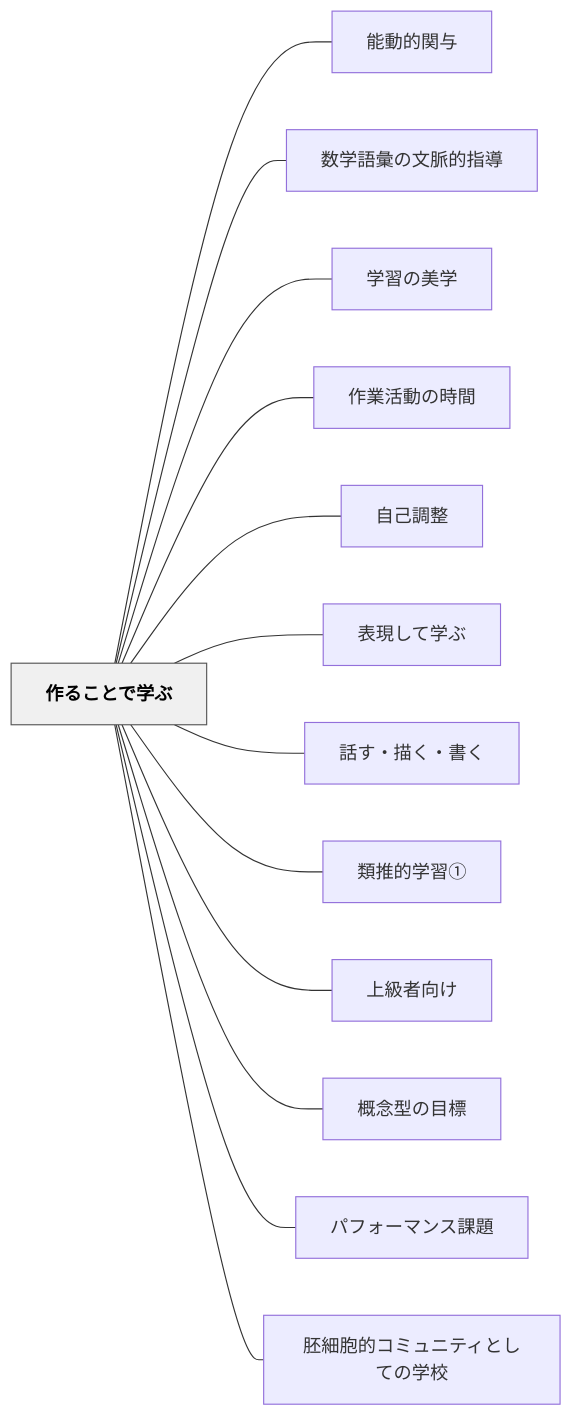
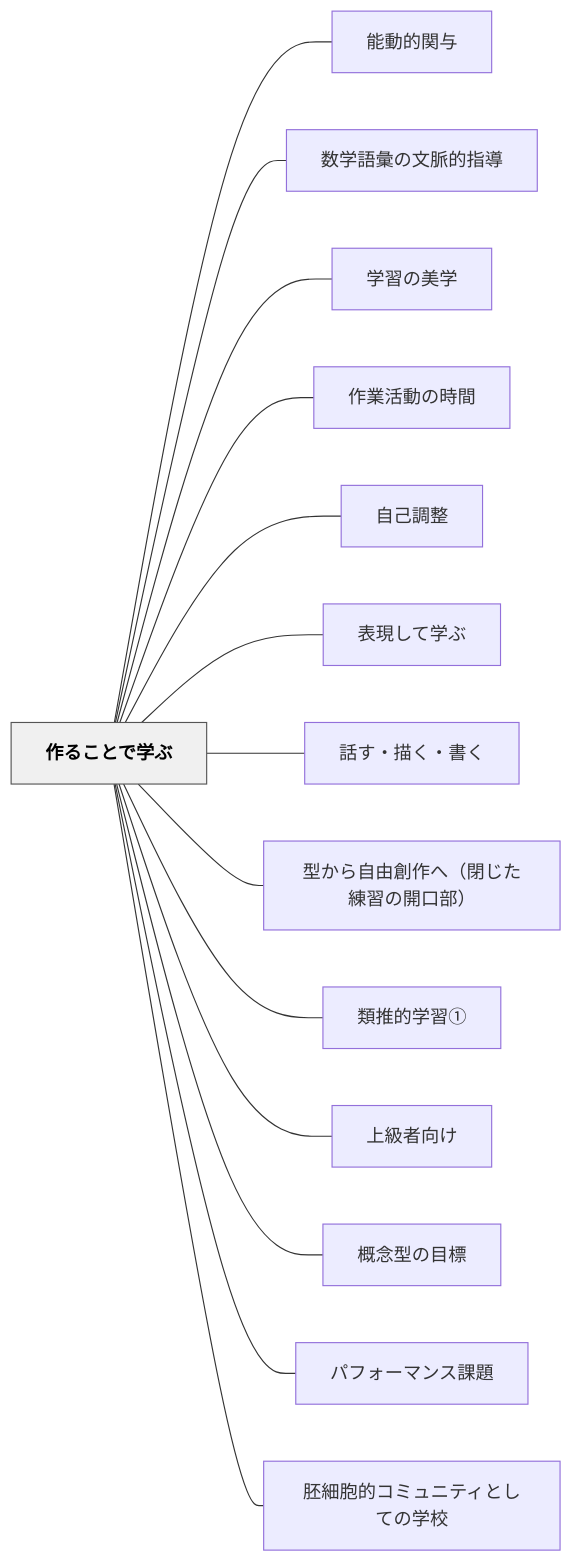
Before and after one commit to unknownthings-ed-patterns/unknownthings-ed-patterns: the diagram in content/パタン/作ることで学ぶ.md, drawn with Mermaid. The commit also changed other lines of this file and 4 other files, not shown here.

````diff
--- a/content/パタン/作ることで学ぶ.md
+++ b/content/パタン/作ることで学ぶ.md
@@ -281,32 +282,34 @@
 ```mermaid
 flowchart LR
     ne4bd9ce3828be38193e381a8e381a7e5ada6e381b6["作ることで学ぶ"]
     ne883bde58b95e79a84e996a2e4b88e["能動的関与"]
     ne695b0e5ada6e8aa9ee5bd99e381aee69687e88488e79a84e68c87e5b08e["数学語彙の文脈的指導"]
     ne5ada6e7bf92e381aee7be8ee5ada6["学習の美学"]
     ne4bd9ce6a5ade6b4bbe58b95e381aee69982e99693["作業活動の時間"]
     ne887aae5b7b1e8aabfe695b4["自己調整"]
     ne8a1a8e78fbee38197e381a6e5ada6e381b6["表現して学ぶ"]
     ne8a9b1e38199e383bbe68f8fe3818fe383bbe69bb8e3818f["話す・描く・書く"]
+    ne59e8be3818be38289e887aae794b1e589b5e4bd9ce381b8efbc88e99689e38198e3819fe7b7b4e7bf92e381aee9968be58fa3e983a8efbc89["型から自由創作へ（閉じた練習の開口部）"]
     ne9a19ee68ea8e79a84e5ada6e7bf92e291a0["類推的学習①"]
     ne4b88ae7b49ae88085e59091e38191["上級者向け"]
     ne6a682e5bfb5e59e8be381aee79baee6a899["概念型の目標"]
     ne38391e38395e382a9e383bce3839ee383b3e382b9e8aab2e9a18c["パフォーマンス課題"]
     ne8839ae7b4b0e8839ee79a84e382b3e3839fe383a5e3838be38386e382a3e381a8e38197e381a6e381aee5ada6e6a0a1["胚細胞的コミュニティとしての学校"]
 
     ne4bd9ce3828be38193e381a8e381a7e5ada6e381b6 --- ne883bde58b95e79a84e996a2e4b88e
     ne4bd9ce3828be38193e381a8e381a7e5ada6e381b6 --- ne695b0e5ada6e8aa9ee5bd99e381aee69687e88488e79a84e68c87e5b08e
     ne4bd9ce3828be38193e381a8e381a7e5ada6e381b6 --- ne5ada6e7bf92e381aee7be8ee5ada6
     ne4bd9ce3828be38193e381a8e381a7e5ada6e381b6 --- ne4bd9ce6a5ade6b4bbe58b95e381aee69982e99693
     ne4bd9ce3828be38193e381a8e381a7e5ada6e381b6 --- ne887aae5b7b1e8aabfe695b4
     ne4bd9ce3828be38193e381a8e381a7e5ada6e381b6 --- ne8a1a8e78fbee38197e381a6e5ada6e381b6
     ne4bd9ce3828be38193e381a8e381a7e5ada6e381b6 --- ne8a9b1e38199e383bbe68f8fe3818fe383bbe69bb8e3818f
+    ne4bd9ce3828be38193e381a8e381a7e5ada6e381b6 --- ne59e8be3818be38289e887aae794b1e589b5e4bd9ce381b8efbc88e99689e38198e3819fe7b7b4e7bf92e381aee9968be58fa3e983a8efbc89
     ne4bd9ce3828be38193e381a8e381a7e5ada6e381b6 --- ne9a19ee68ea8e79a84e5ada6e7bf92e291a0
     ne4bd9ce3828be38193e381a8e381a7e5ada6e381b6 --- ne4b88ae7b49ae88085e59091e38191
     ne4bd9ce3828be38193e381a8e381a7e5ada6e381b6 --- ne6a682e5bfb5e59e8be381aee79baee6a899
     ne4bd9ce3828be38193e381a8e381a7e5ada6e381b6 --- ne38391e38395e382a9e383bce3839ee383b3e382b9e8aab2e9a18c
     ne4bd9ce3828be38193e381a8e381a7e5ada6e381b6 --- ne8839ae7b4b0e8839ee79a84e382b3e3839fe383a5e3838be38386e382a3e381a8e38197e381a6e381aee5ada6e6a0a1
 
     classDef hub fill:#f0f0f0,stroke:#555,color:#000,font-weight:bold
     class ne4bd9ce3828be38193e381a8e381a7e5ada6e381b6 hub
 ```
````
